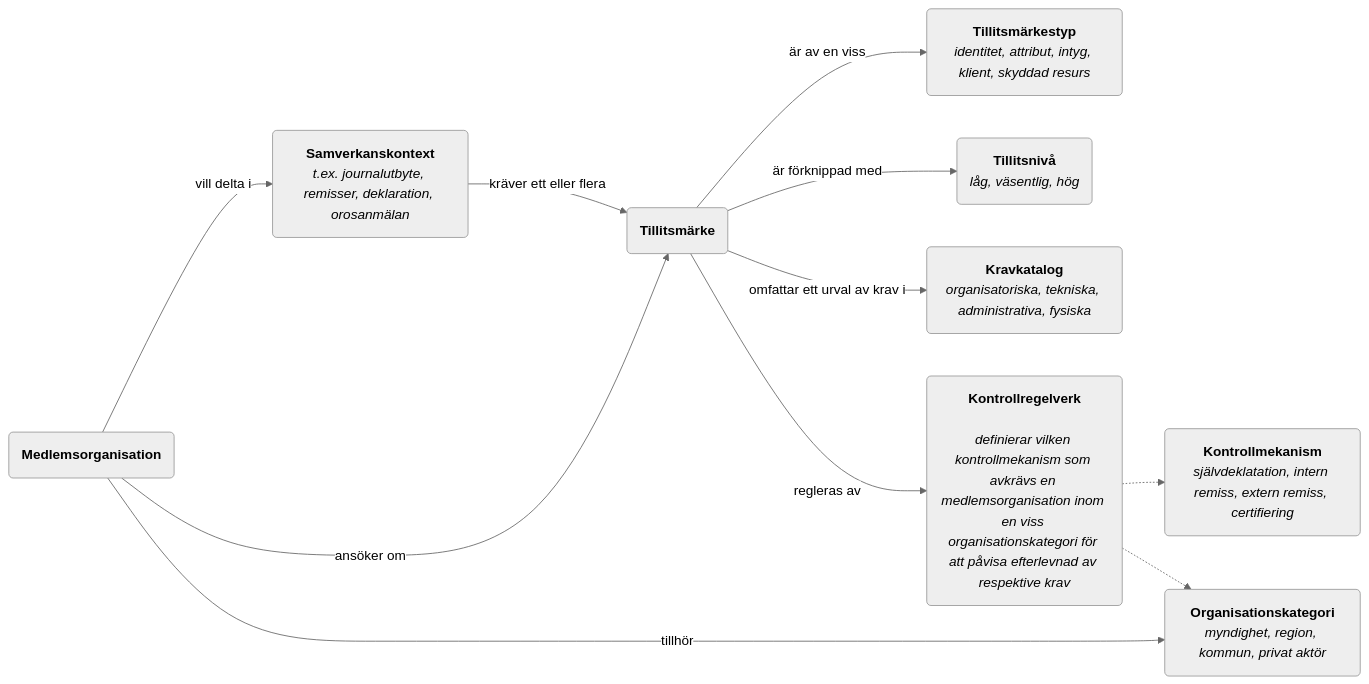
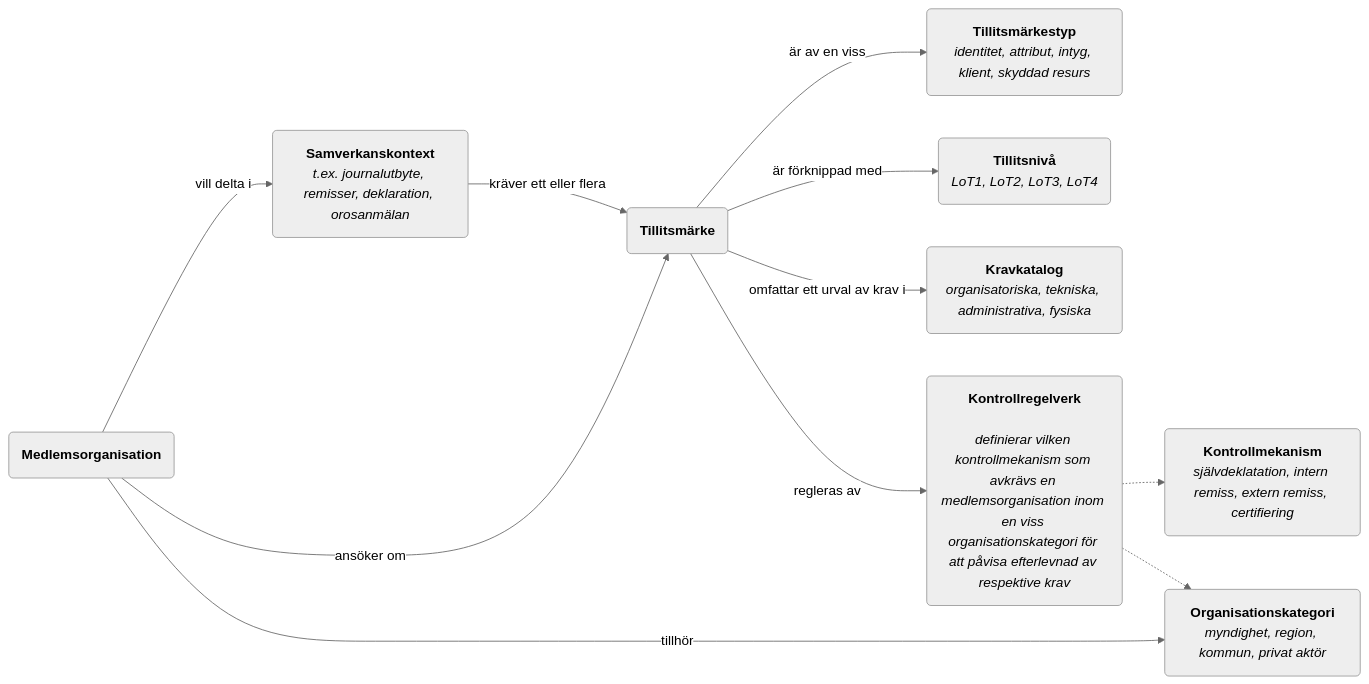
The diagram in tillitsmodell/arkitekturell_modell.md (diggsweden/ena-authorization), drawn with Mermaid (neutral theme) before and after one commit. The commit also changed other lines of this file, not shown here.

````diff
--- a/tillitsmodell/arkitekturell_modell.md
+++ b/tillitsmodell/arkitekturell_modell.md
@@ -2,22 +11,20 @@
 ```mermaid
 graph LR
 km(<b>Kontrollmekanism</b><br><i>självdeklatation, intern remiss, extern remiss, certifiering</i>)
 tmtyp(<b>Tillitsmärkestyp</b><br><i>identitet, attribut, intyg, klient, skyddad resurs)
 tm(<b>Tillitsmärke</b>)
-tmnivå(<b>Tillitsnivå</b><br><i>låg, väsentlig, hög</i>)
+tmnivå(<b>Tillitsnivå</b><br><i>LoT1, LoT2, LoT3, LoT4</i>)
 kk(<b>Kravkatalog</b><br><i>organisatoriska, tekniska, administrativa, fysiska</i>)
 kr(<b>Kontrollregelverk</b><br><br><i>definierar vilken kontrollmekanism som avkrävs en medlemsorganisation inom en viss organisationskategori för att påvisa efterlevnad av respektive krav)
 m(<b>Medlemsorganisation<b>)
 mk(<b>Organisationskategori</b><br><i>myndighet, region, kommun, privat aktör</i>)
 d(<b>Samverkanskontext</b><br><i>t.ex. journalutbyte, remisser, deklaration, orosanmälan</i>)
 m--ansöker om-->tm
 m--tillhör-->mk
 m--vill delta i-->d--kräver ett eller flera-->tm
 
 tm--är av en viss-->tmtyp
 tm--regleras av-->kr-.->mk & km
 tm-- omfattar ett urval av krav i-->kk
 tm--är förknippad med-->tmnivå
-
-
 ```
````
